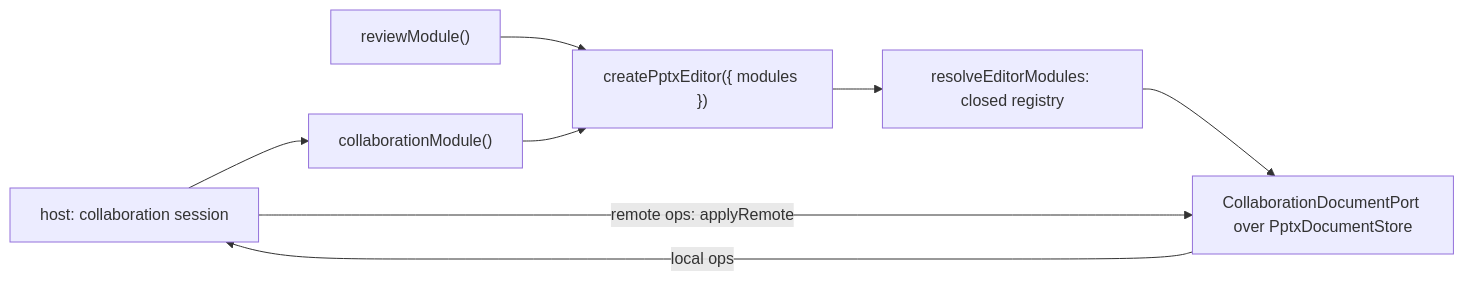
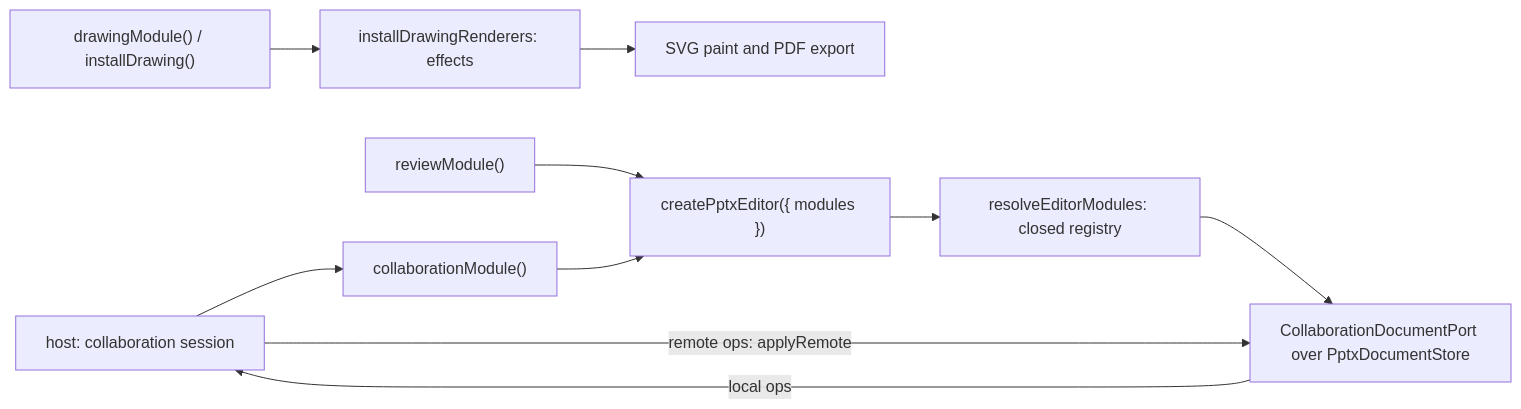
One commit to eigenpal/pptx-editor changed the diagram in packages/pro/README.md. Above: the diagram before and after it, drawn with Mermaid. The commit also changed other lines of this file and 74 other files, not shown here.

Commit message:
feat(pro): paint glow, inner shadow, reflection, and soft edge in the Pro drawing module (#39)

````diff
--- a/packages/pro/README.md
+++ b/packages/pro/README.md
@@ -106,10 +121,12 @@
 ```mermaid
 flowchart LR
   A["host: collaboration session"] --> B["collaborationModule()"]
   C["reviewModule()"] --> D["createPptxEditor({ modules })"]
   B --> D
   D --> E["resolveEditorModules: closed registry"]
   E --> F["CollaborationDocumentPort over PptxDocumentStore"]
   F -- "local ops" --> A
   A -- "remote ops: applyRemote" --> F
+  G["drawingModule() / installDrawing()"] --> H["installDrawingRenderers: effects"]
+  H --> I["SVG paint and PDF export"]
 ```
````
